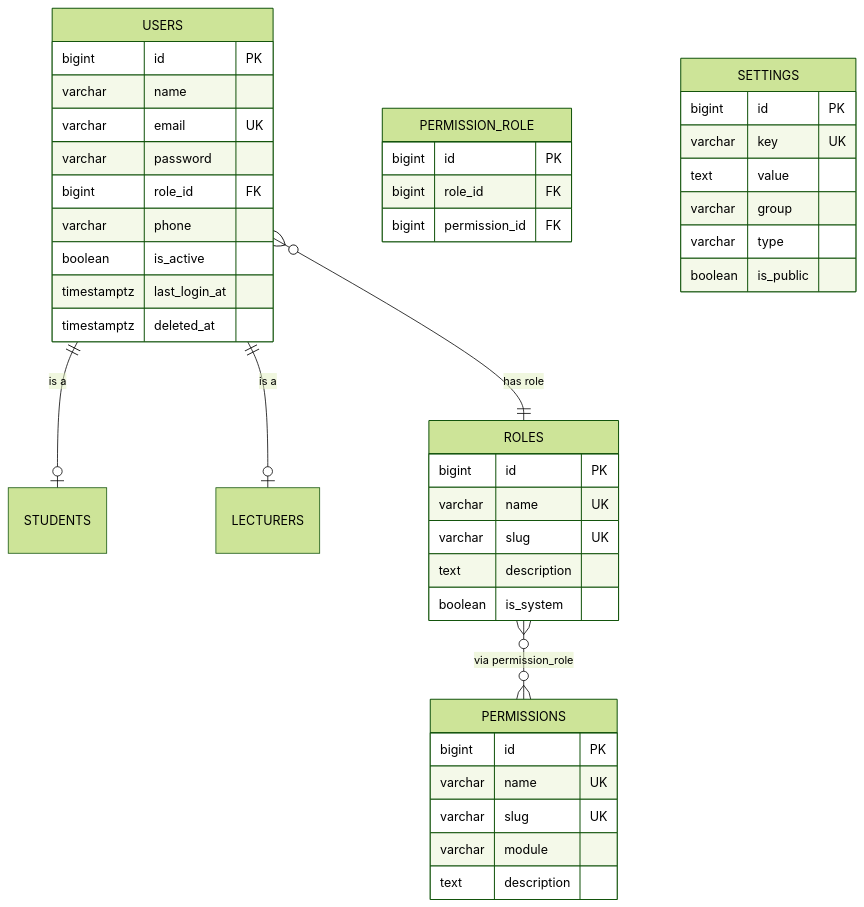
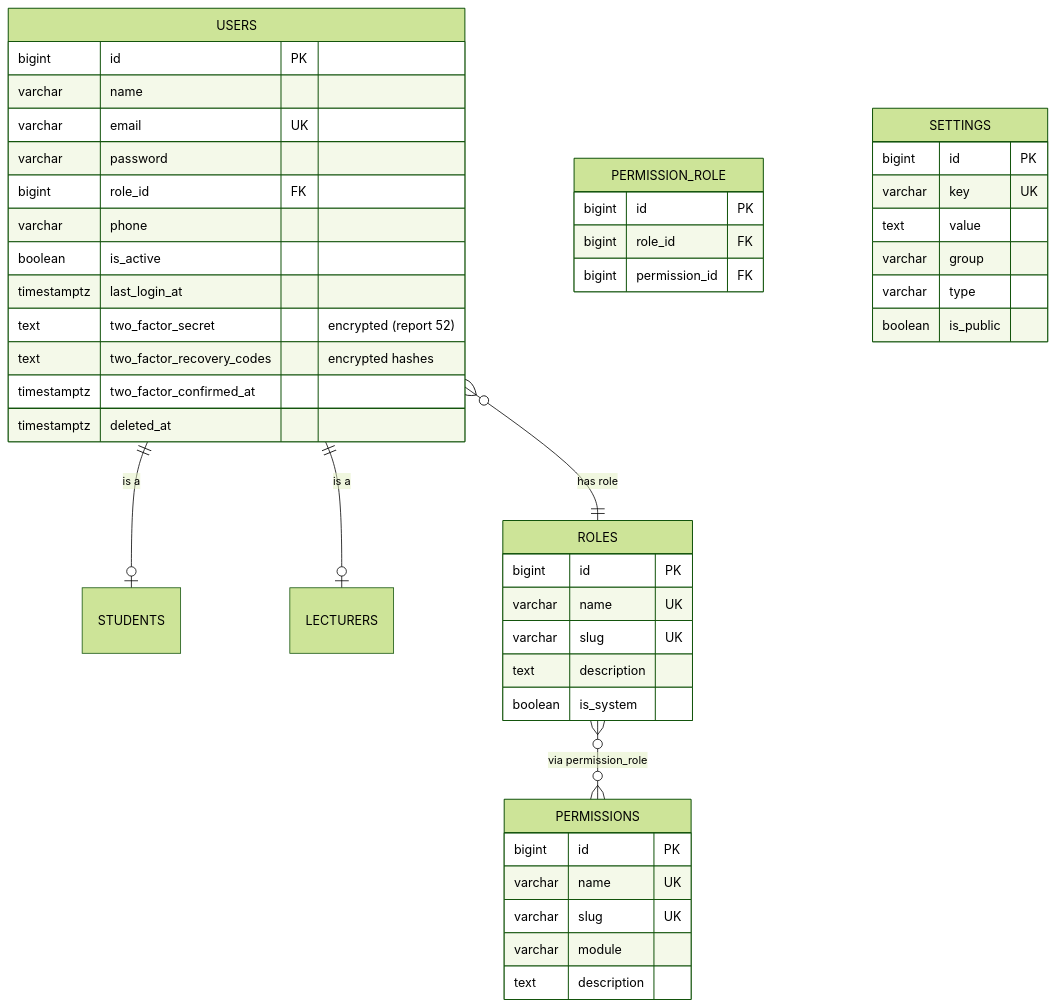
The diagram in docs/database/erd/identity-access.md (RITH-1437/educore), drawn with Mermaid (forest theme) before and after one commit. The commit also changed 40 other files, not shown here.

````diff
--- a/docs/database/erd/identity-access.md
+++ b/docs/database/erd/identity-access.md
@@ -5,46 +5,49 @@
 ```mermaid
 erDiagram
     USERS ||--o| STUDENTS : "is a"
     USERS ||--o| LECTURERS : "is a"
     USERS }o--|| ROLES : "has role"
     ROLES }o--o{ PERMISSIONS : "via permission_role"
 
     USERS {
         bigint id PK
         varchar name
         varchar email UK
         varchar password
         bigint role_id FK
         varchar phone
         boolean is_active
         timestamptz last_login_at
+        text two_factor_secret "encrypted (report 52)"
+        text two_factor_recovery_codes "encrypted hashes"
+        timestamptz two_factor_confirmed_at
         timestamptz deleted_at
     }
     ROLES {
         bigint id PK
         varchar name UK
         varchar slug UK
         text description
         boolean is_system
     }
     PERMISSIONS {
         bigint id PK
         varchar name UK
         varchar slug UK
         varchar module
         text description
     }
     PERMISSION_ROLE {
         bigint id PK
         bigint role_id FK
         bigint permission_id FK
     }
     SETTINGS {
         bigint id PK
         varchar key UK
         text value
         varchar group
         varchar type
         boolean is_public
     }
 ```
````
